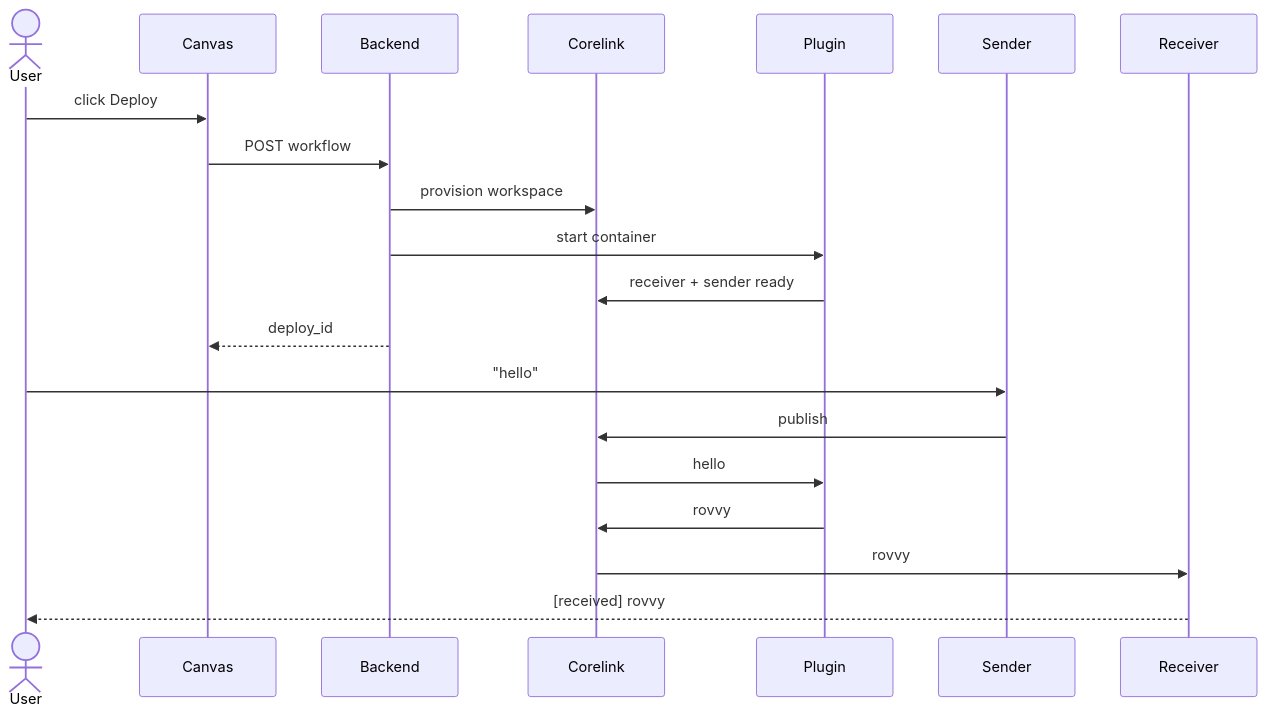
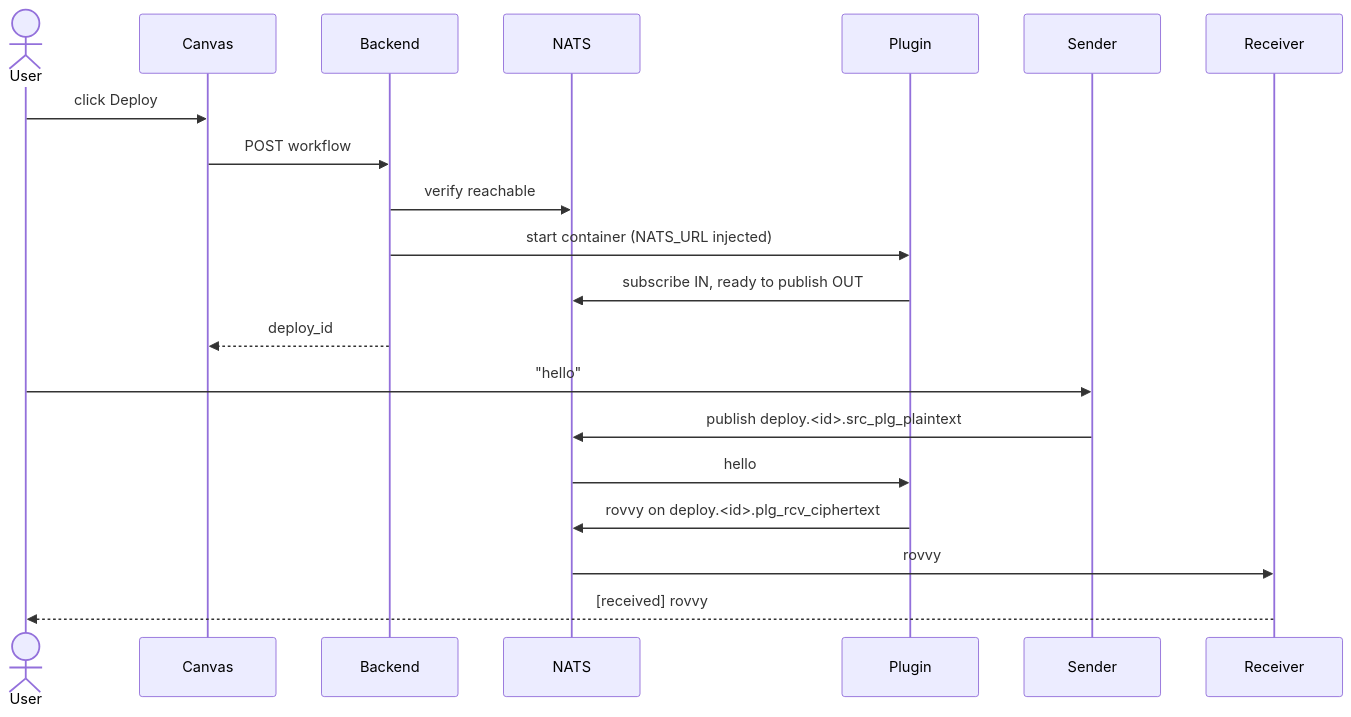
Before and after one commit to sean-lai-sh/exp-orchestrator: the diagram in docs/demo-flow.md, drawn with Mermaid. The commit also changed 68 other files, not shown here.

First line of the commit message:
Migrate from corelink to NATS; add npx-runnable cli (#73)

````diff
--- a/docs/demo-flow.md
+++ b/docs/demo-flow.md
@@ -3,24 +3,24 @@
 ```mermaid
 sequenceDiagram
     actor U as User
     participant C as Canvas
     participant B as Backend
-    participant CL as Corelink
+    participant N as NATS
     participant P as Plugin
     participant S as Sender
     participant R as Receiver
 
     U->>C: click Deploy
     C->>B: POST workflow
-    B->>CL: provision workspace
-    B->>P: start container
-    P->>CL: receiver + sender ready
+    B->>N: verify reachable
+    B->>P: start container (NATS_URL injected)
+    P->>N: subscribe IN, ready to publish OUT
     B-->>C: deploy_id
 
     U->>S: "hello"
-    S->>CL: publish
-    CL->>P: hello
-    P->>CL: rovvy
-    CL->>R: rovvy
+    S->>N: publish deploy.<id>.src_plg_plaintext
+    N->>P: hello
+    P->>N: rovvy on deploy.<id>.plg_rcv_ciphertext
+    N->>R: rovvy
     R-->>U: [received] rovvy
 ```
````
